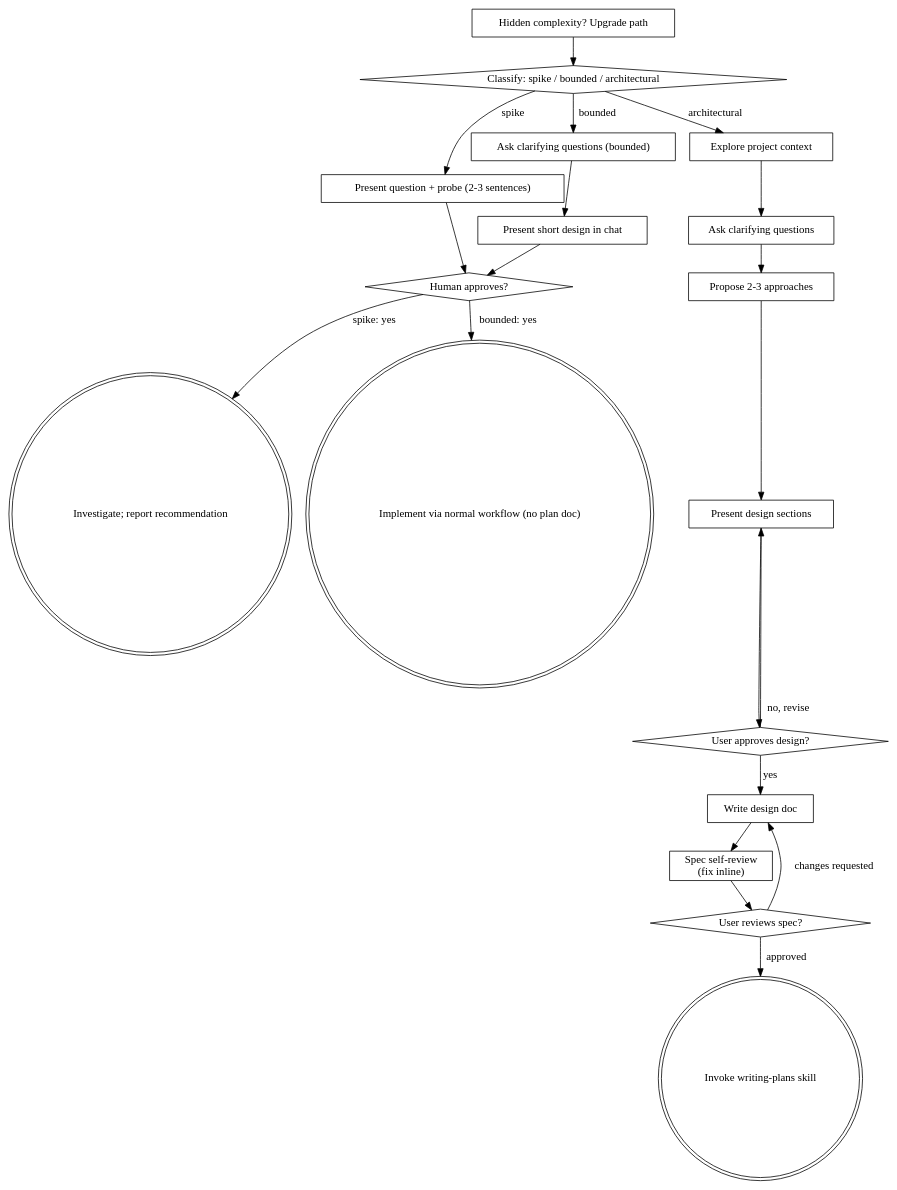
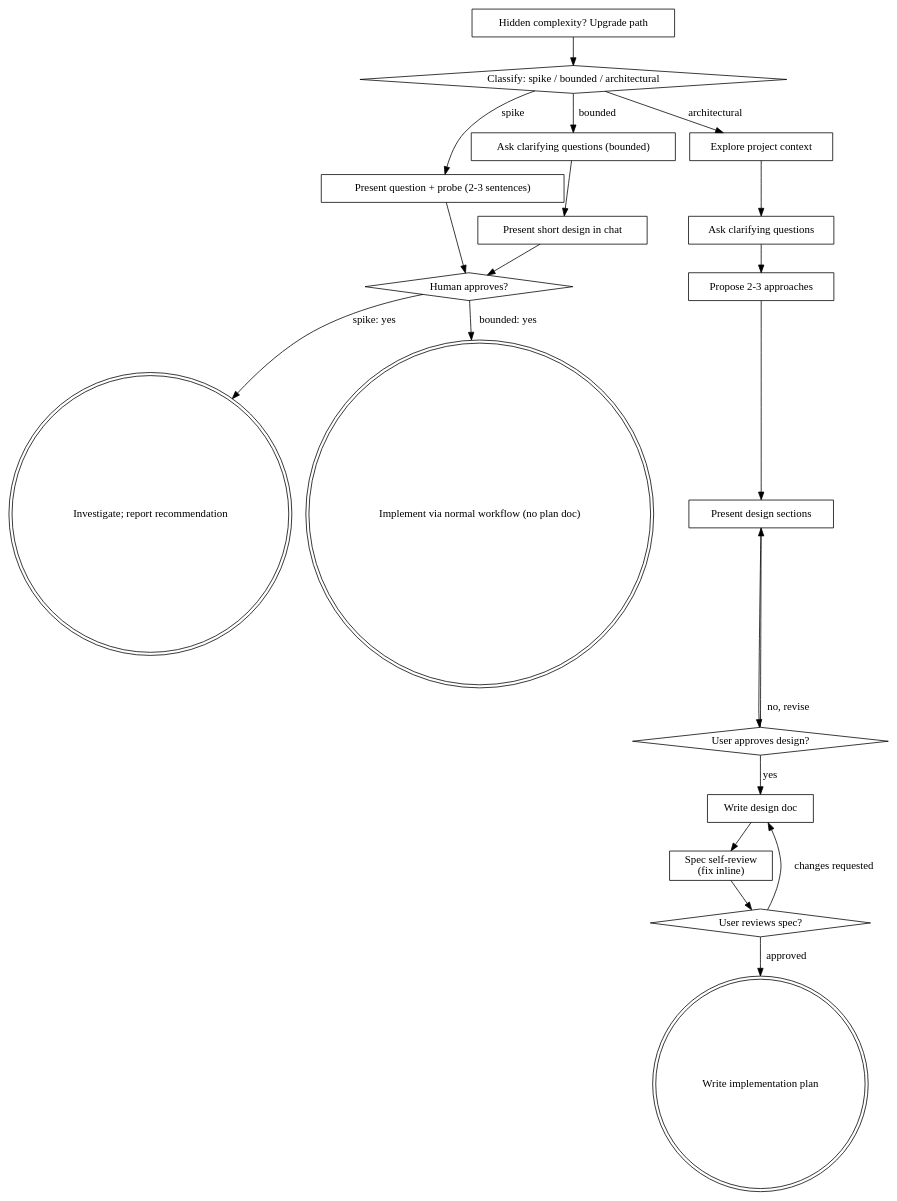
Before and after one commit to dat267/dotfiles: the diagram in dot_pi/agent/skills/brainstorming/SKILL.md, drawn with Graphviz. The commit also changed other lines of this file and 5 other files, not shown here.

````diff
--- a/dot_pi/agent/skills/brainstorming/SKILL.md
+++ b/dot_pi/agent/skills/brainstorming/SKILL.md
@@ -107,41 +107,41 @@
 ```dot
 digraph brainstorming {
     "Classify: spike / bounded / architectural" [shape=diamond];
     "Present question + probe (2-3 sentences)" [shape=box];
     "Ask clarifying questions (bounded)" [shape=box];
     "Present short design in chat" [shape=box];
     "Human approves?" [shape=diamond];
     "Investigate; report recommendation" [shape=doublecircle];
     "Implement via normal workflow (no plan doc)" [shape=doublecircle];
     "Explore project context" [shape=box];
     "Ask clarifying questions" [shape=box];
     "Propose 2-3 approaches" [shape=box];
     "Present design sections" [shape=box];
     "User approves design?" [shape=diamond];
     "Write design doc" [shape=box];
     "Spec self-review\n(fix inline)" [shape=box];
     "User reviews spec?" [shape=diamond];
-    "Invoke writing-plans skill" [shape=doublecircle];
+    "Write implementation plan" [shape=doublecircle];
     "Hidden complexity? Upgrade path" [shape=box];
 
     "Classify: spike / bounded / architectural" -> "Present question + probe (2-3 sentences)" [label="spike"];
     "Classify: spike / bounded / architectural" -> "Ask clarifying questions (bounded)" [label="bounded"];
     "Classify: spike / bounded / architectural" -> "Explore project context" [label="architectural"];
     "Present question + probe (2-3 sentences)" -> "Human approves?";
     "Ask clarifying questions (bounded)" -> "Present short design in chat";
     "Present short design in chat" -> "Human approves?";
     "Human approves?" -> "Investigate; report recommendation" [label="spike: yes"];
     "Human approves?" -> "Implement via normal workflow (no plan doc)" [label="bounded: yes"];
     "Hidden complexity? Upgrade path" -> "Classify: spike / bounded / architectural";
     "Explore project context" -> "Ask clarifying questions";
     "Ask clarifying questions" -> "Propose 2-3 approaches";
     "Propose 2-3 approaches" -> "Present design sections";
     "Present design sections" -> "User approves design?";
     "User approves design?" -> "Present design sections" [label="no, revise"];
     "User approves design?" -> "Write design doc" [label="yes"];
     "Write design doc" -> "Spec self-review\n(fix inline)";
     "Spec self-review\n(fix inline)" -> "User reviews spec?";
     "User reviews spec?" -> "Write design doc" [label="changes requested"];
-    "User reviews spec?" -> "Invoke writing-plans skill" [label="approved"];
+    "User reviews spec?" -> "Write implementation plan" [label="approved"];
 }
 ```
````
